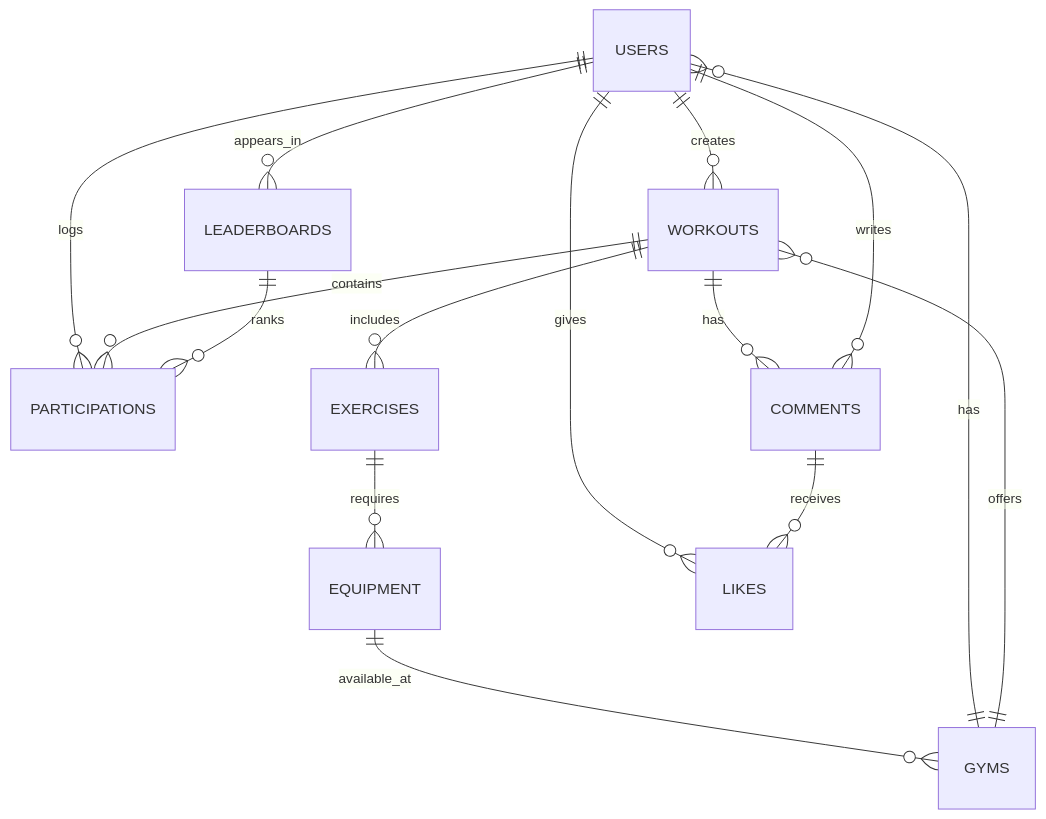
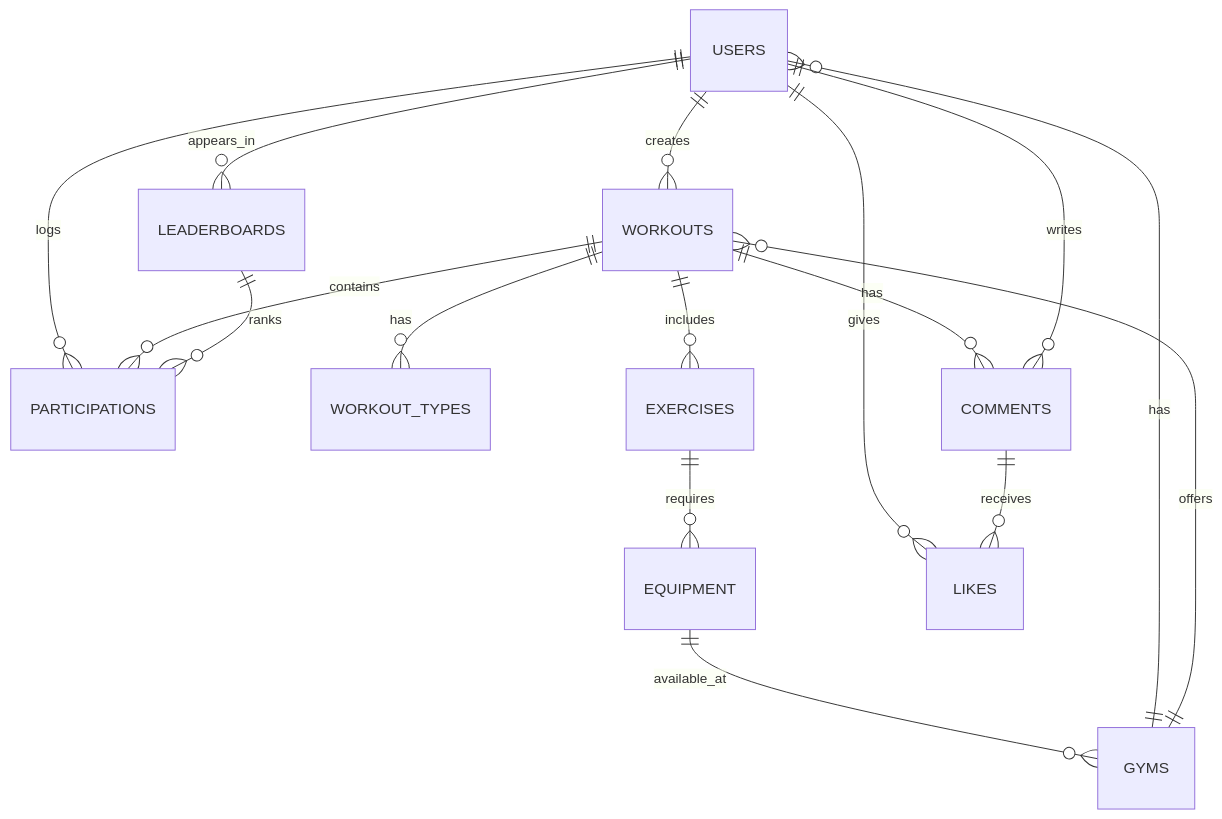
The diagram in README.md (ShaneMillar96/FitBuddy), drawn with Mermaid before and after one commit. The commit also changed other lines of this file, not shown here.

````diff
--- a/README.md
+++ b/README.md
@@ -45,18 +45,19 @@
 ```mermaid
 %%{init: {'theme':'default'}}%%
 erDiagram
     USERS ||--o{ WORKOUTS : creates
     USERS ||--o{ PARTICIPATIONS : logs
     GYMS ||--o{ USERS : has
     GYMS ||--o{ WORKOUTS : offers
     WORKOUTS ||--o{ PARTICIPATIONS : contains
+    WORKOUTS ||--o{ WORKOUT_TYPES : has
     WORKOUTS ||--o{ COMMENTS : has
     USERS ||--o{ COMMENTS : writes
     WORKOUTS ||--o{ EXERCISES : includes
     EXERCISES ||--o{ EQUIPMENT : requires
     EQUIPMENT ||--o{ GYMS : available_at
     USERS ||--o{ LIKES : gives
     COMMENTS ||--o{ LIKES : receives
     USERS ||--o{ LEADERBOARDS : appears_in
     LEADERBOARDS ||--o{ PARTICIPATIONS : ranks
 ```
````
